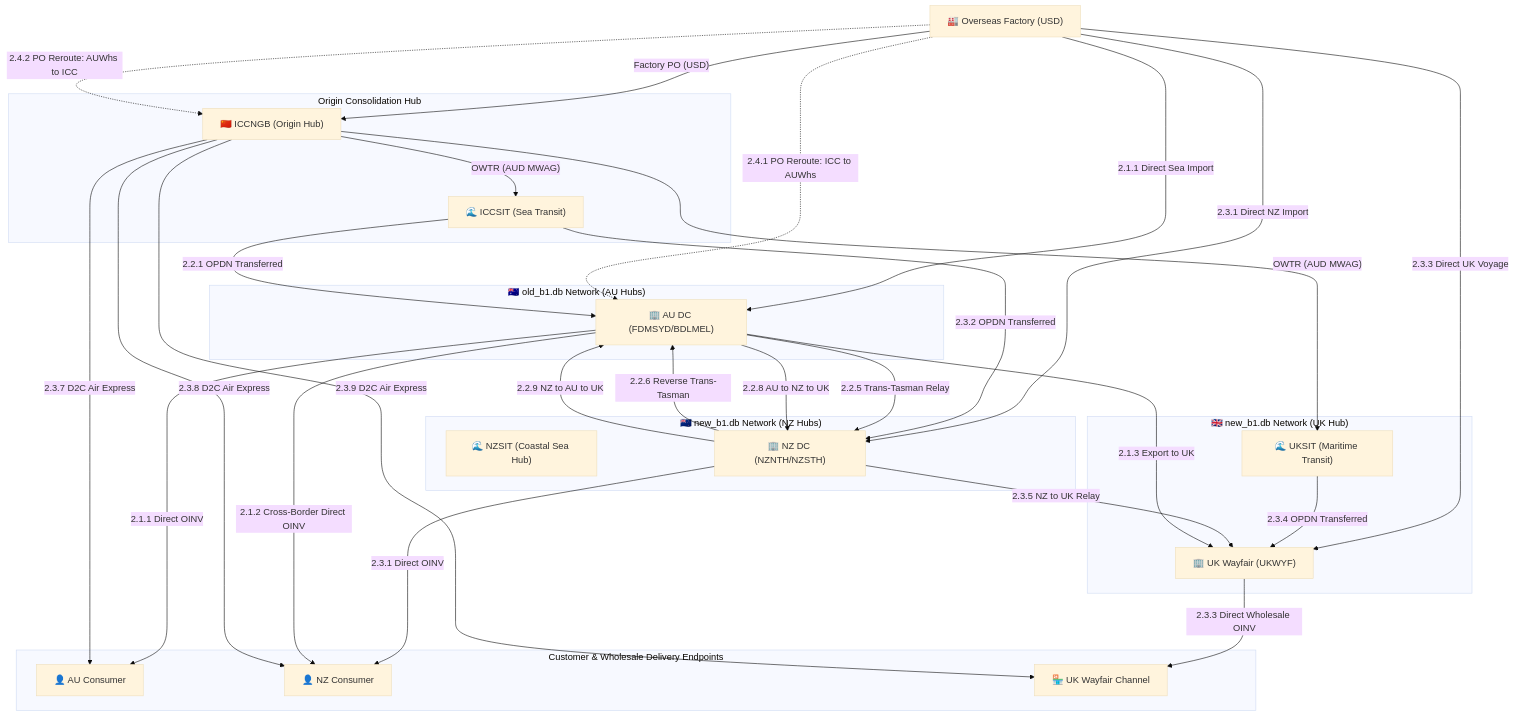
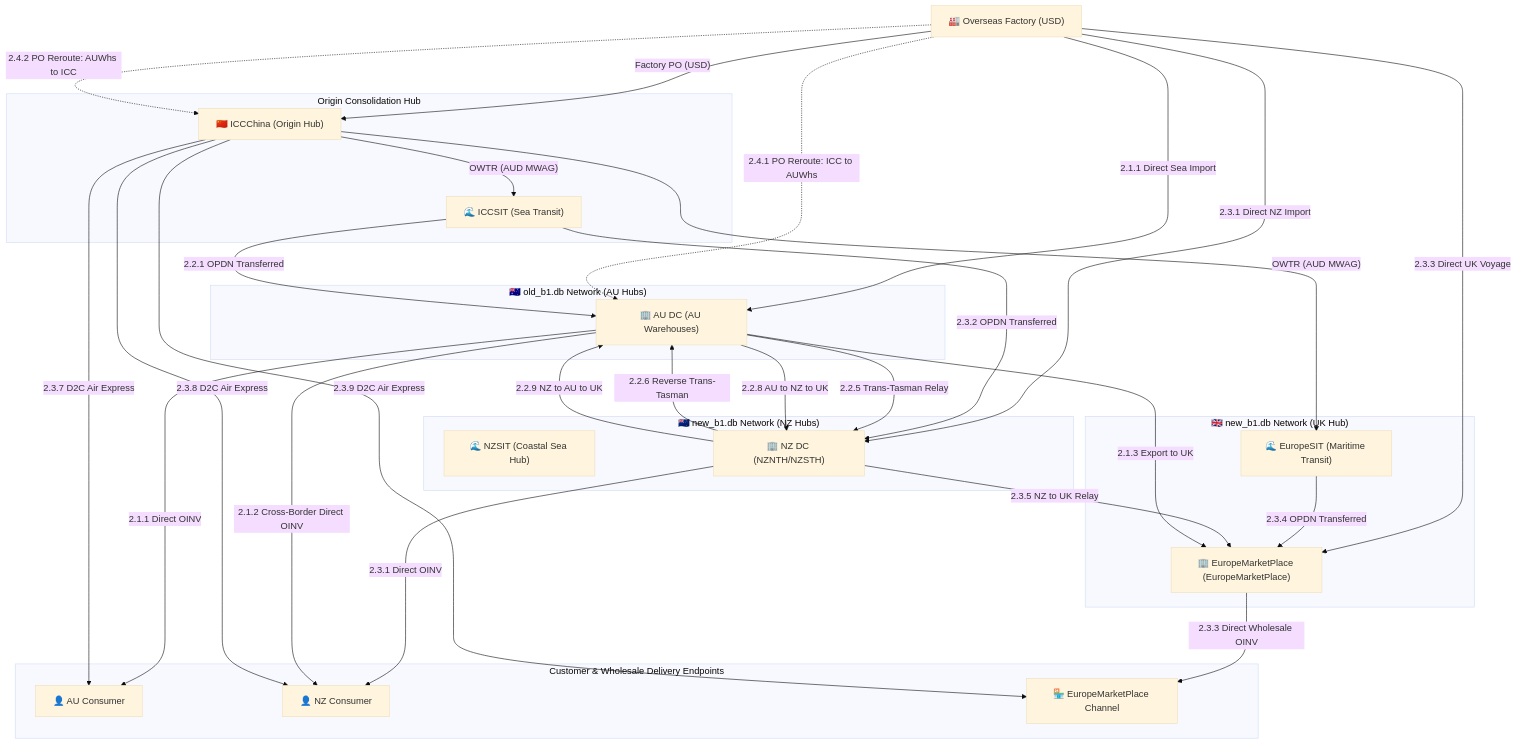
The first of 2 diagrams in Process_Hierarchy_Map.md (BillyL6/SAPB1Sim), drawn with Mermaid (base theme) before and after one commit. The commit also changed other lines of this file and 13 other files, not shown here.

````diff
--- a/Process_Hierarchy_Map.md
+++ b/Process_Hierarchy_Map.md
@@ -134,67 +134,67 @@
 ```mermaid
 flowchart TD
     Factory["🏭 Overseas Factory (USD)"]
 
     subgraph Origin ["Origin Consolidation Hub"]
-        ICC["🇨🇳 ICCNGB (Origin Hub)"]
+        ICC["🇨🇳 ICCChina (Origin Hub)"]
         ICCSIT["🌊 ICCSIT (Sea Transit)"]
     end
 
     subgraph AU_Network ["🇦🇺 old_b1.db Network (AU Hubs)"]
-        AUW["🏢 AU DC (FDMSYD/BDLMEL)"]
+        AUW["🏢 AU DC (AU Warehouses)"]
     end
 
     subgraph NZ_Network ["🇳🇿 new_b1.db Network (NZ Hubs)"]
         NZSIT["🌊 NZSIT (Coastal Sea Hub)"]
         NZW["🏢 NZ DC (NZNTH/NZSTH)"]
     end
 
     subgraph UK_Network ["🇬🇧 new_b1.db Network (UK Hub)"]
-        UKSIT["🌊 UKSIT (Maritime Transit)"]
-        UKW["🏢 UK Wayfair (UKWYF)"]
+        EuropeSIT["🌊 EuropeSIT (Maritime Transit)"]
+        UKW["🏢 EuropeMarketPlace (EuropeMarketPlace)"]
     end
 
     subgraph Channels ["Customer & Wholesale Delivery Endpoints"]
         AUC["👤 AU Consumer"]
         NZC["👤 NZ Consumer"]
-        UKC["🏪 UK Wayfair Channel"]
+        UKC["🏪 EuropeMarketPlace Channel"]
     end
 
     %% Standard Factory to Origin & Directs
     Factory -->|"Factory PO (USD)"| ICC
     Factory -->|"2.1.1 Direct Sea Import"| AUW
     Factory -->|"2.3.1 Direct NZ Import"| NZW
     Factory -->|"2.3.3 Direct UK Voyage"| UKW
 
     %% Exceptions & PO Reroutes
     Factory -.->|"2.4.1 PO Reroute: ICC to AUWhs"| AUW
     Factory -.->|"2.4.2 PO Reroute: AUWhs to ICC"| ICC
 
     %% ICC In-Transit Legs
     ICC -->|"OWTR (AUD MWAG)"| ICCSIT
-    ICC -->|"OWTR (AUD MWAG)"| UKSIT
+    ICC -->|"OWTR (AUD MWAG)"| EuropeSIT
 
     %% ICC to Regional Hubs
     ICCSIT -->|"2.2.1 OPDN Transferred"| AUW
     ICCSIT -->|"2.3.2 OPDN Transferred"| NZW
-    UKSIT -->|"2.3.4 OPDN Transferred"| UKW
+    EuropeSIT -->|"2.3.4 OPDN Transferred"| UKW
 
     %% Inter-Hub Relays (Trans-Tasman & Global)
     AUW -->|"2.2.5 Trans-Tasman Relay"| NZW
     NZW -->|"2.2.6 Reverse Trans-Tasman"| AUW
     AUW -->|"2.2.8 AU to NZ to UK"| NZW
     NZW -->|"2.3.5 NZ to UK Relay"| UKW
     NZW -->|"2.2.9 NZ to AU to UK"| AUW
     AUW -->|"2.1.3 Export to UK"| UKW
 
     %% Outward Fulfillment to Consumers
     AUW -->|"2.1.1 Direct OINV"| AUC
     NZW -->|"2.3.1 Direct OINV"| NZC
     AUW -->|"2.1.2 Cross-Border Direct OINV"| NZC
     UKW -->|"2.3.3 Direct Wholesale OINV"| UKC
 
     %% Direct to Consumer (D2C Air Express)
     ICC -->|"2.3.7 D2C Air Express"| AUC
     ICC -->|"2.3.8 D2C Air Express"| NZC
     ICC -->|"2.3.9 D2C Air Express"| UKC
 ```
````
